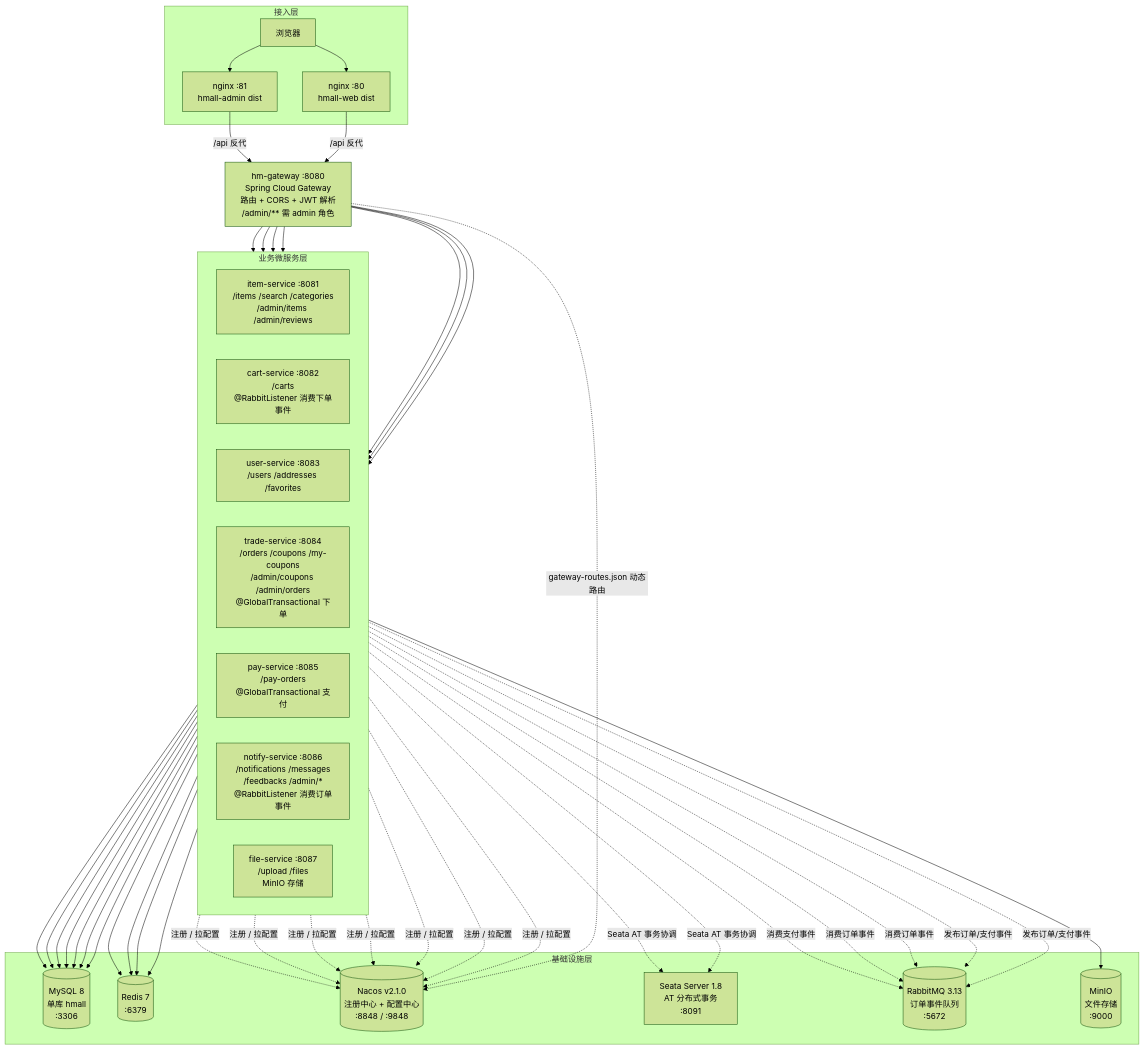
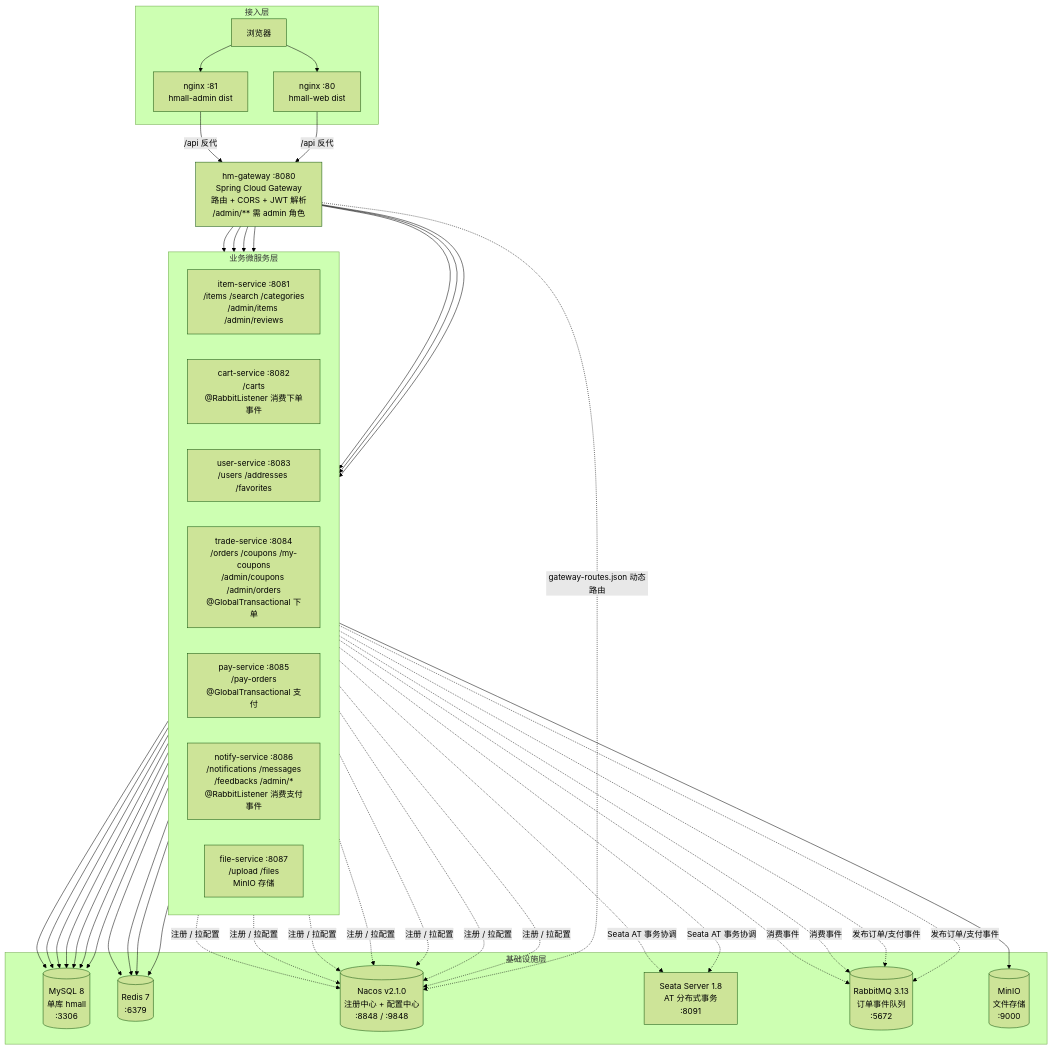
One commit to 3219378872/web-dev-experiment changed the first of 2 diagrams in docs/structure/01-system-architecture.md. Above: the diagram before and after it, drawn with Mermaid (forest theme). The commit also changed 4 other files, not shown here.

First line of the commit message:
docs: update structure diagrams for Seata/RabbitMQ/MinIO integration

````diff
--- a/docs/structure/01-system-architecture.md
+++ b/docs/structure/01-system-architecture.md
@@ -9,48 +9,47 @@
 ```mermaid
 flowchart TB
     subgraph L1[接入层]
         Browser[浏览器]
         WebNginx[nginx :80<br/>hmall-web dist]
         AdminNginx[nginx :81<br/>hmall-admin dist]
     end
 
     GW["hm-gateway :8080<br/>Spring Cloud Gateway<br/>路由 + CORS + JWT 解析<br/>/admin/** 需 admin 角色"]
 
     subgraph L3[业务微服务层]
         direction LR
         IS["item-service :8081<br/>/items /search /categories<br/>/admin/items /admin/reviews"]
         CS["cart-service :8082<br/>/carts<br/>@RabbitListener 消费下单事件"]
         US["user-service :8083<br/>/users /addresses /favorites"]
         TS["trade-service :8084<br/>/orders /coupons /my-coupons<br/>/admin/coupons /admin/orders<br/>@GlobalTransactional 下单"]
         PS["pay-service :8085<br/>/pay-orders<br/>@GlobalTransactional 支付"]
-        NS["notify-service :8086<br/>/notifications /messages<br/>/feedbacks /admin/*<br/>@RabbitListener 消费订单事件"]
+        NS["notify-service :8086<br/>/notifications /messages<br/>/feedbacks /admin/*<br/>@RabbitListener 消费支付事件"]
         FS["file-service :8087<br/>/upload /files<br/>MinIO 存储"]
     end
 
     subgraph L4[基础设施层]
         DB[("MySQL 8<br/>单库 hmall<br/>:3306")]
         Redis[("Redis 7<br/>:6379")]
         Nacos[("Nacos v2.1.0<br/>注册中心 + 配置中心<br/>:8848 / :9848")]
         Seata["Seata Server 1.8<br/>AT 分布式事务<br/>:8091"]
         RabbitMQ[("RabbitMQ 3.13<br/>订单事件队列<br/>:5672")]
         MinIO[("MinIO<br/>文件存储<br/>:9000")]
     end
 
     Browser --> WebNginx
     Browser --> AdminNginx
     WebNginx -- "/api 反代" --> GW
     AdminNginx -- "/api 反代" --> GW
 
     GW --> IS & CS & US & TS & PS & NS & FS
 
     IS & CS & US & TS & PS & NS & FS --> DB
     IS & CS & US & TS --> Redis
     IS & CS & US & TS & PS & NS & FS -. "注册 / 拉配置" .-> Nacos
     GW -. "gateway-routes.json 动态路由" .-> Nacos
 
     TS & PS -. "Seata AT 事务协调" .-> Seata
     TS & PS -. "发布订单/支付事件" .-> RabbitMQ
-    CS & NS -. "消费订单事件" .-> RabbitMQ
-    TS -. "消费支付事件" .-> RabbitMQ
+    CS & NS -. "消费事件" .-> RabbitMQ
     FS --> MinIO
 ```
````
